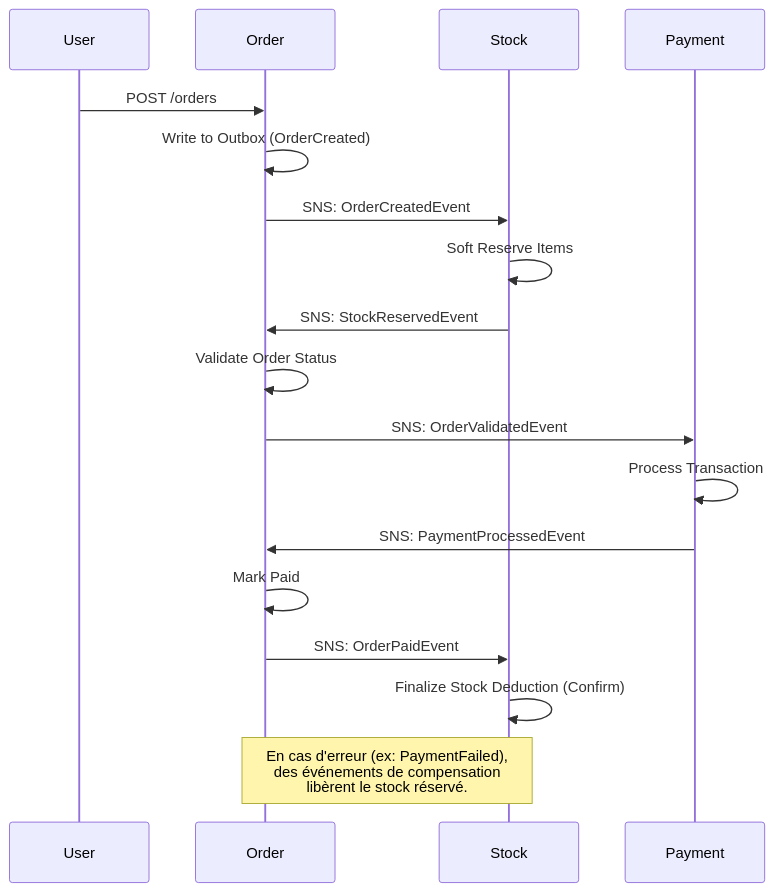
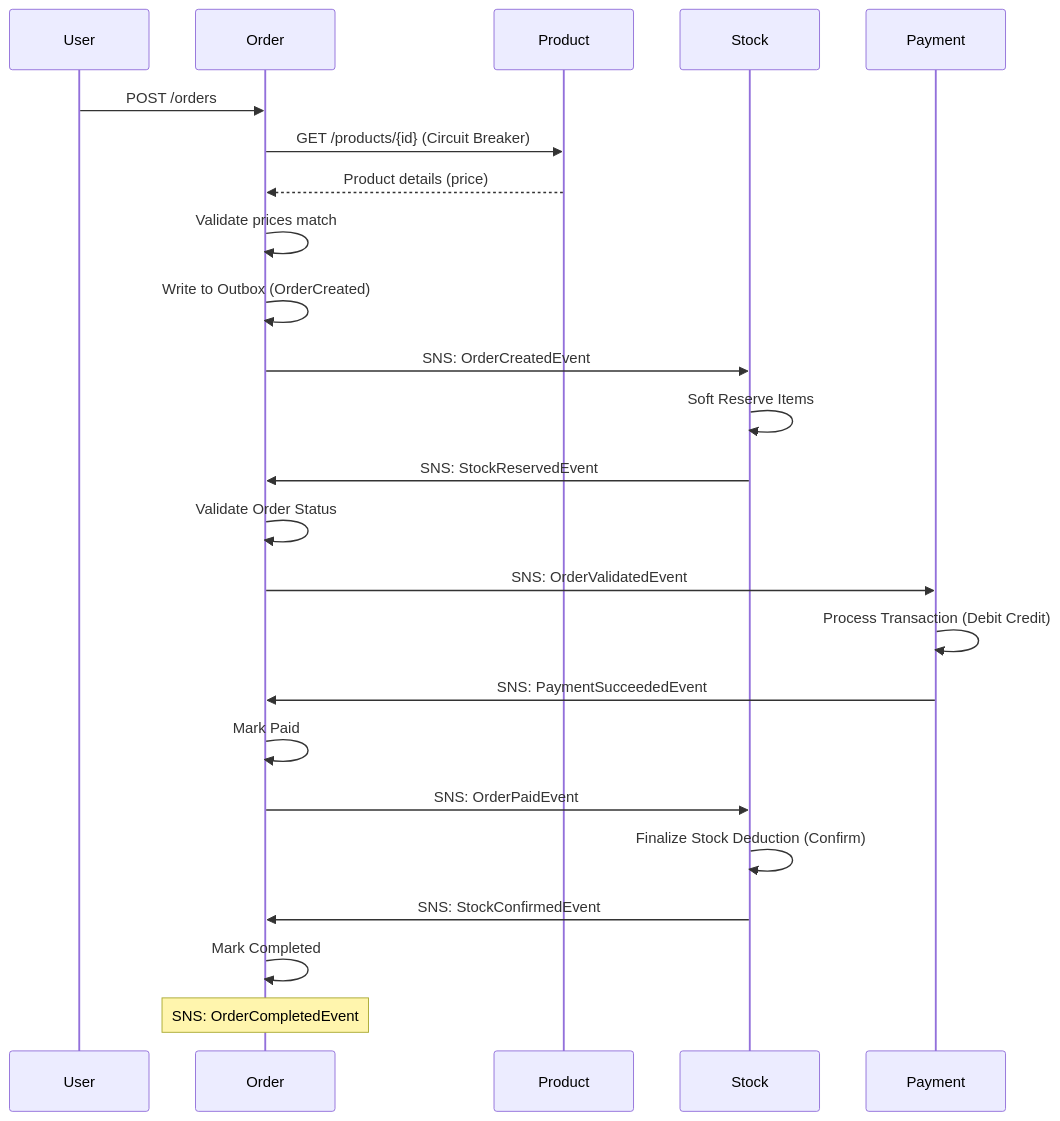
Before and after one commit to fevanno92/e-commerce-event-driven-demo: the second of 5 diagrams in README.md, drawn with Mermaid. The commit also changed other lines of this file, not shown here.

Commit message:
Add diagram for error cases, and document circuit breaker usage

````diff
--- a/README.md
+++ b/README.md
@@ -154,27 +167,33 @@
 ```mermaid
 sequenceDiagram
     participant User
     participant Order
+    participant Product
     participant Stock
     participant Payment
 
     User->>Order: POST /orders
+    Order->>Product: GET /products/{id} (Circuit Breaker)
+    Product-->>Order: Product details (price)
+    Order->>Order: Validate prices match
     Order->>Order: Write to Outbox (OrderCreated)
     Order->>Stock: SNS: OrderCreatedEvent
 
     Stock->>Stock: Soft Reserve Items
     Stock->>Order: SNS: StockReservedEvent
 
     Order->>Order: Validate Order Status
     Order->>Payment: SNS: OrderValidatedEvent
 
-    Payment->>Payment: Process Transaction
-    Payment->>Order: SNS: PaymentProcessedEvent
+    Payment->>Payment: Process Transaction (Debit Credit)
+    Payment->>Order: SNS: PaymentSucceededEvent
 
     Order->>Order: Mark Paid
     Order->>Stock: SNS: OrderPaidEvent
     
     Stock->>Stock: Finalize Stock Deduction (Confirm)
+    Stock->>Order: SNS: StockConfirmedEvent
 
-    Note over Order,Stock: En cas d'erreur (ex: PaymentFailed),<br/>des événements de compensation<br/>libèrent le stock réservé.
+    Order->>Order: Mark Completed
+    Note over Order: SNS: OrderCompletedEvent
 ```
````
